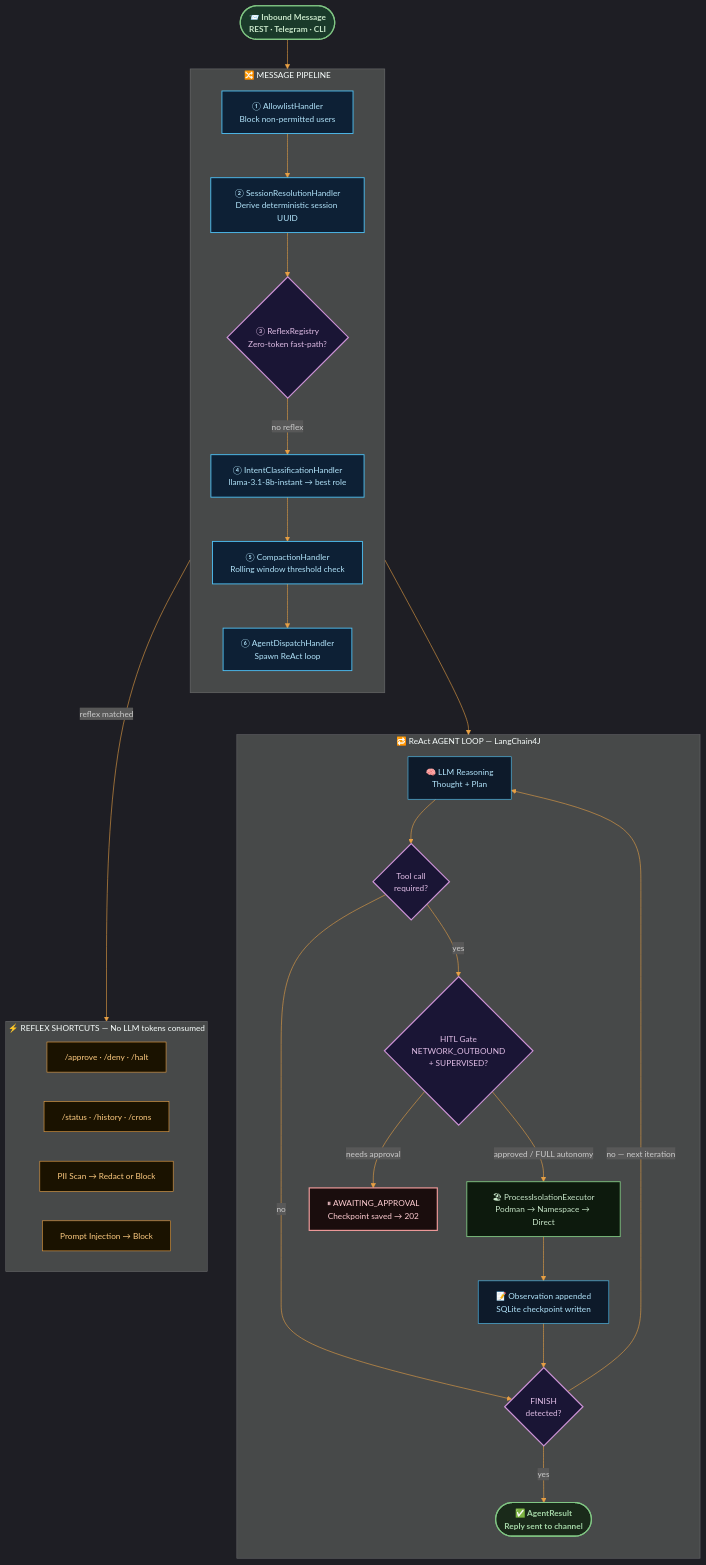
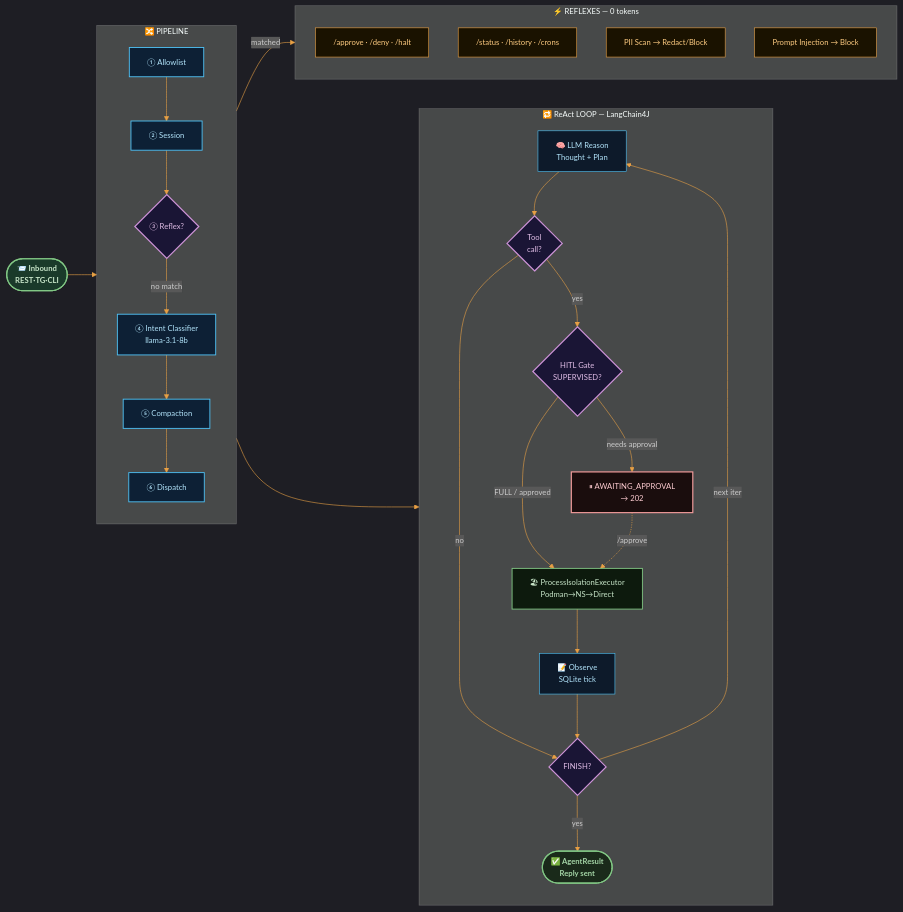
Before and after one commit to rsrini7/AmshaAgent: the second of 8 diagrams in README.md, drawn with Mermaid.

Commit message:
docs: update README diagram for clarity and conciseness
- Simplify node labels to improve readability at smaller sizes
- Change flowchart direction to LR for better horizontal flow
- Reduce font size from 14px to 13px
- Remove unused CSS class definition
- Streamline text descriptions while maintaining all key information

````diff
--- a/README.md
+++ b/README.md
@@ -167,57 +167,57 @@
 ```mermaid
-%%{init: {'theme': 'dark', 'themeVariables': {'primaryColor': '#1e2d45', 'primaryTextColor': '#c9d8ee', 'primaryBorderColor': '#4fc3f7', 'lineColor': '#e8a045', 'secondaryColor': '#0d1420', 'tertiaryColor': '#0d1420', 'fontSize': '14px'}}}%%
-flowchart TD
+%%{init: {'theme': 'dark', 'themeVariables': {'primaryColor': '#1e2d45', 'primaryTextColor': '#c9d8ee', 'primaryBorderColor': '#4fc3f7', 'lineColor': '#e8a045', 'secondaryColor': '#0d1420', 'tertiaryColor': '#0d1420', 'fontSize': '13px'}}}%%
+flowchart LR
     classDef entry fill:#1a3a2a,stroke:#81c784,stroke-width:2px,color:#c8e6c9,font-weight:bold
     classDef handler fill:#0d2035,stroke:#4fc3f7,stroke-width:1.5px,color:#b3e5fc
-    classDef reflex fill:#1a1a0d,stroke:#e8a045,stroke-width:1.5px,color:#ffe082
     classDef reflexOut fill:#1a1200,stroke:#e8a045,stroke-width:1px,color:#ffcc80
     classDef decision fill:#1a1535,stroke:#ce93d8,stroke-width:2px,color:#e1bee7
     classDef loop fill:#0d1a2a,stroke:#4fc3f7,stroke-width:1px,color:#b3e5fc
     classDef approval fill:#1a0d0d,stroke:#ef9a9a,stroke-width:2px,color:#ffcdd2
     classDef sandbox fill:#0d1a0d,stroke:#81c784,stroke-width:1.5px,color:#c8e6c9
     classDef result fill:#1a2a1a,stroke:#81c784,stroke-width:2px,color:#a5d6a7,font-weight:bold
 
-    IN(["📨 Inbound Message<br/>REST · Telegram · CLI"]):::entry
+    IN(["📨 Inbound<br/>REST·TG·CLI"]):::entry
 
-    subgraph PIPELINE["  🔀  MESSAGE PIPELINE  "]
+    subgraph PIPELINE["🔀 PIPELINE"]
         direction TB
-        P1["① AllowlistHandler<br/>Block non-permitted users"]:::handler
-        P2["② SessionResolutionHandler<br/>Derive deterministic session UUID"]:::handler
-        P3{"③ ReflexRegistry<br/>Zero-token fast-path?"}:::decision
-        P4["④ IntentClassificationHandler<br/>llama-3.1-8b-instant → best role"]:::handler
-        P5["⑤ CompactionHandler<br/>Rolling window threshold check"]:::handler
-        P6["⑥ AgentDispatchHandler<br/>Spawn ReAct loop"]:::handler
+        P1["① Allowlist"]:::handler
+        P2["② Session"]:::handler
+        P3{"③ Reflex?"}:::decision
+        P4["④ Intent Classifier<br/>llama-3.1-8b"]:::handler
+        P5["⑤ Compaction"]:::handler
+        P6["⑥ Dispatch"]:::handler
     end
 
-    subgraph REFLEXES["  ⚡  REFLEX SHORTCUTS — No LLM tokens consumed  "]
-        direction LR
+    subgraph REFLEXES["⚡ REFLEXES — 0 tokens"]
+        direction TB
         R1["/approve · /deny · /halt"]:::reflexOut
         R2["/status · /history · /crons"]:::reflexOut
-        R3["PII Scan → Redact or Block"]:::reflexOut
+        R3["PII Scan → Redact/Block"]:::reflexOut
         R4["Prompt Injection → Block"]:::reflexOut
     end
 
-    subgraph REACT["  🔁  ReAct AGENT LOOP — LangChain4J  "]
+    subgraph REACT["🔁 ReAct LOOP — LangChain4J"]
         direction TB
-        L1["🧠 LLM Reasoning<br/>Thought + Plan"]:::loop
-        L2{"Tool call<br/>required?"}:::decision
-        L3{"HITL Gate<br/>NETWORK_OUTBOUND<br/>+ SUPERVISED?"}:::decision
-        L4["⏸ AWAITING_APPROVAL<br/>Checkpoint saved → 202"]:::approval
-        L5["🏖 ProcessIsolationExecutor<br/>Podman → Namespace → Direct"]:::sandbox
-        L6["📝 Observation appended<br/>SQLite checkpoint written"]:::loop
-        L7{"FINISH<br/>detected?"}:::decision
-        L8(["✅ AgentResult<br/>Reply sent to channel"]):::result
+        L1["🧠 LLM Reason<br/>Thought + Plan"]:::loop
+        L2{"Tool<br/>call?"}:::decision
+        L3{"HITL Gate<br/>SUPERVISED?"}:::decision
+        L4["⏸ AWAITING_APPROVAL<br/>→ 202"]:::approval
+        L5["🏖 ProcessIsolationExecutor<br/>Podman→NS→Direct"]:::sandbox
+        L6["📝 Observe<br/>SQLite tick"]:::loop
+        L7{"FINISH?"}:::decision
+        L8(["✅ AgentResult<br/>Reply sent"]):::result
     end
 
     IN --> P1 --> P2 --> P3
-    P3 -->|"reflex matched"| REFLEXES
-    P3 -->|"no reflex"| P4 --> P5 --> P6
+    P3 -->|"matched"| REFLEXES
+    P3 -->|"no match"| P4 --> P5 --> P6
     P6 --> L1 --> L2
     L2 -->|"no"| L7
     L2 -->|"yes"| L3
-    L3 -->|"approved / FULL autonomy"| L5
+    L3 -->|"FULL / approved"| L5
     L3 -->|"needs approval"| L4
+    L4 -.->|"/approve"| L5
     L5 --> L6 --> L7
-    L7 -->|"no — next iteration"| L1
+    L7 -->|"next iter"| L1
     L7 -->|"yes"| L8
 ```
````
